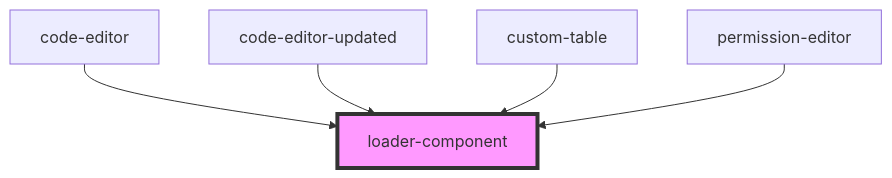
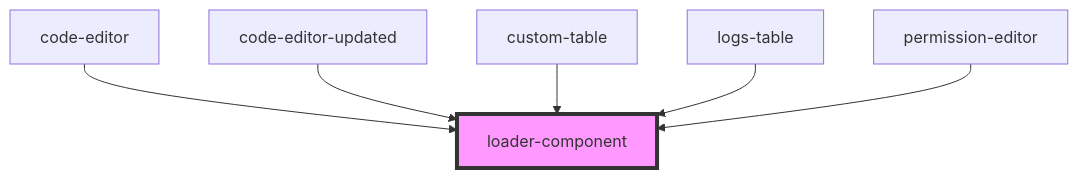
Before and after one commit to techvariable/NeptuneConnectComponents: the diagram in src/components/loader-component/readme.md, drawn with Mermaid. The commit also changed other lines of this file and 11 other files, not shown here.

````diff
--- a/src/components/loader-component/readme.md
+++ b/src/components/loader-component/readme.md
@@ -18,8 +19,9 @@
 ```mermaid
 graph TD;
   code-editor --> loader-component
   code-editor-updated --> loader-component
   custom-table --> loader-component
+  logs-table --> loader-component
   permission-editor --> loader-component
   style loader-component fill:#f9f,stroke:#333,stroke-width:4px
 ```
````
